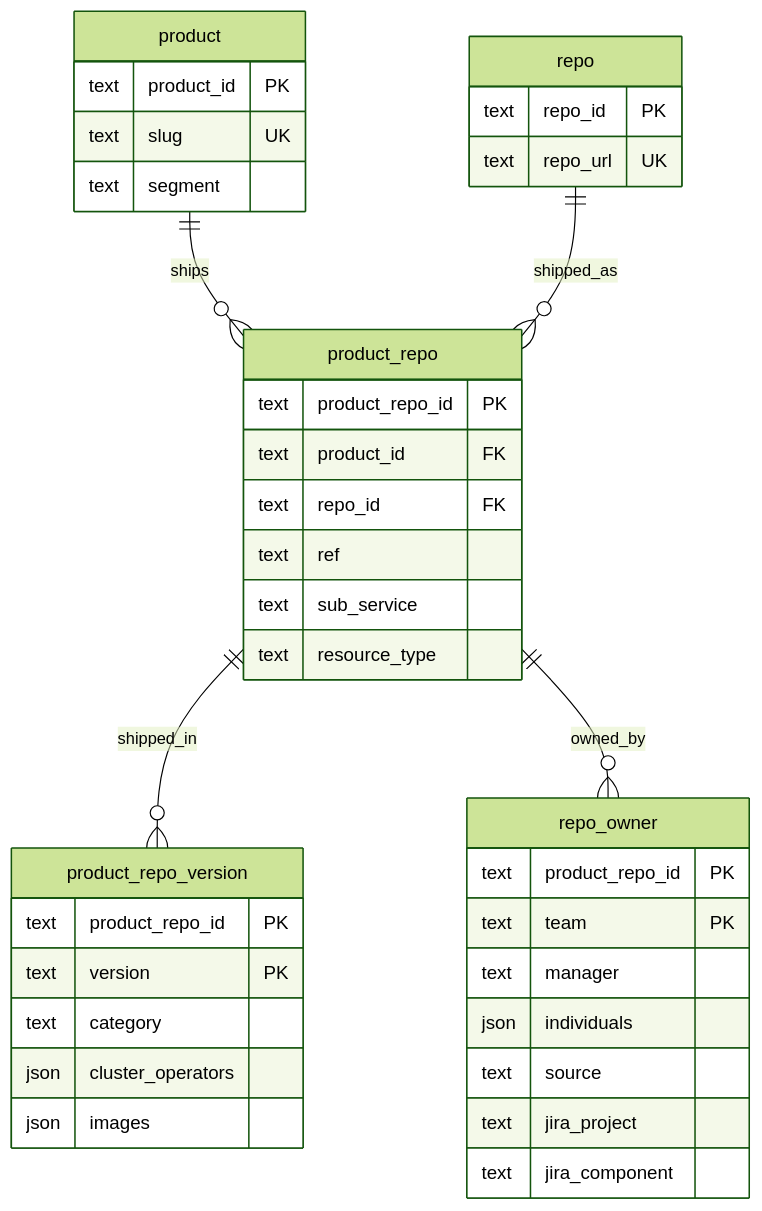
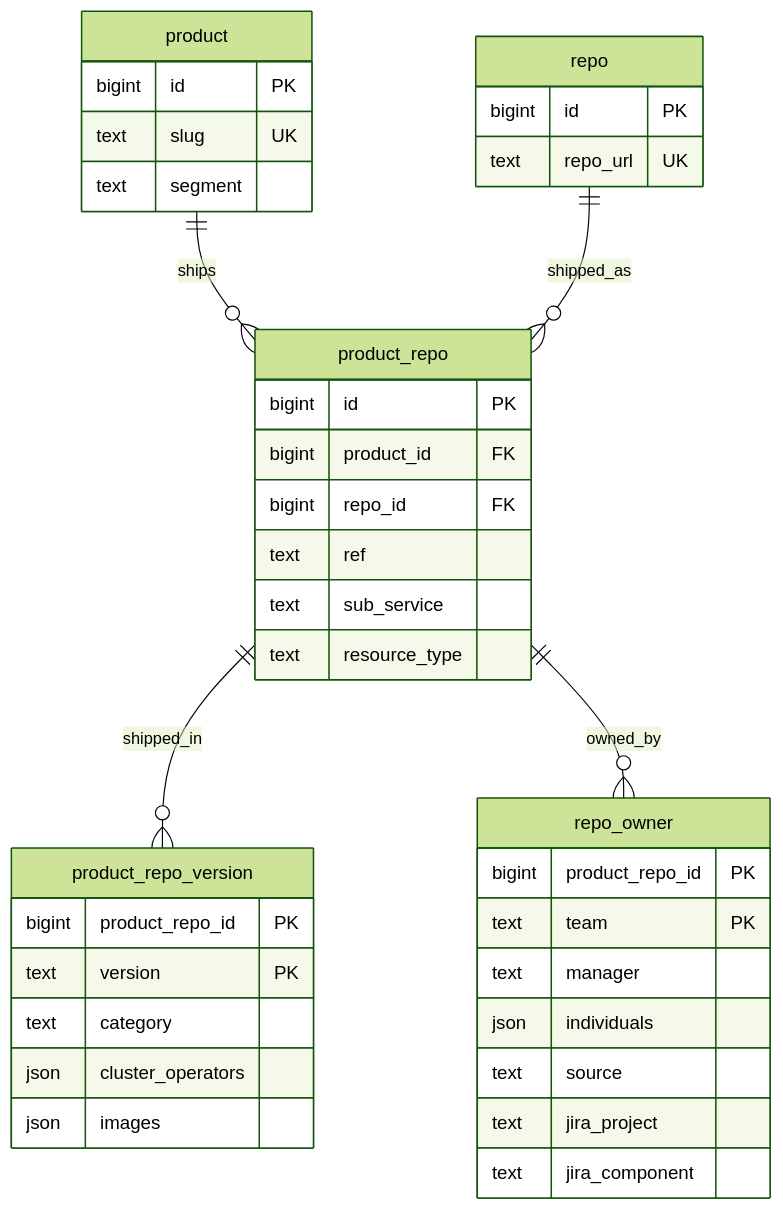
The second of 4 diagrams in docs/data-model.md (openshift/traust-contracts), drawn with Mermaid (forest theme) before and after one commit. The commit also changed other lines of this file and 49 other files, not shown here.

````diff
--- a/docs/data-model.md
+++ b/docs/data-model.md
@@ -37,41 +37,41 @@
 ```mermaid
 erDiagram
   product ||--o{ product_repo : ships
   repo ||--o{ product_repo : shipped_as
   product_repo ||--o{ product_repo_version : shipped_in
   product_repo ||--o{ repo_owner : owned_by
 
   product {
-    text product_id PK
+    bigint id PK
     text slug UK
     text segment
   }
   repo {
-    text repo_id PK
+    bigint id PK
     text repo_url UK
   }
   product_repo {
-    text product_repo_id PK
-    text product_id FK
-    text repo_id FK
+    bigint id PK
+    bigint product_id FK
+    bigint repo_id FK
     text ref
     text sub_service
     text resource_type
   }
   product_repo_version {
-    text product_repo_id PK
+    bigint product_repo_id PK
     text version PK
     text category
     json cluster_operators
     json images
   }
   repo_owner {
-    text product_repo_id PK
+    bigint product_repo_id PK
     text team PK
     text manager
     json individuals
     text source
     text jira_project
     text jira_component
   }
 ```
````
